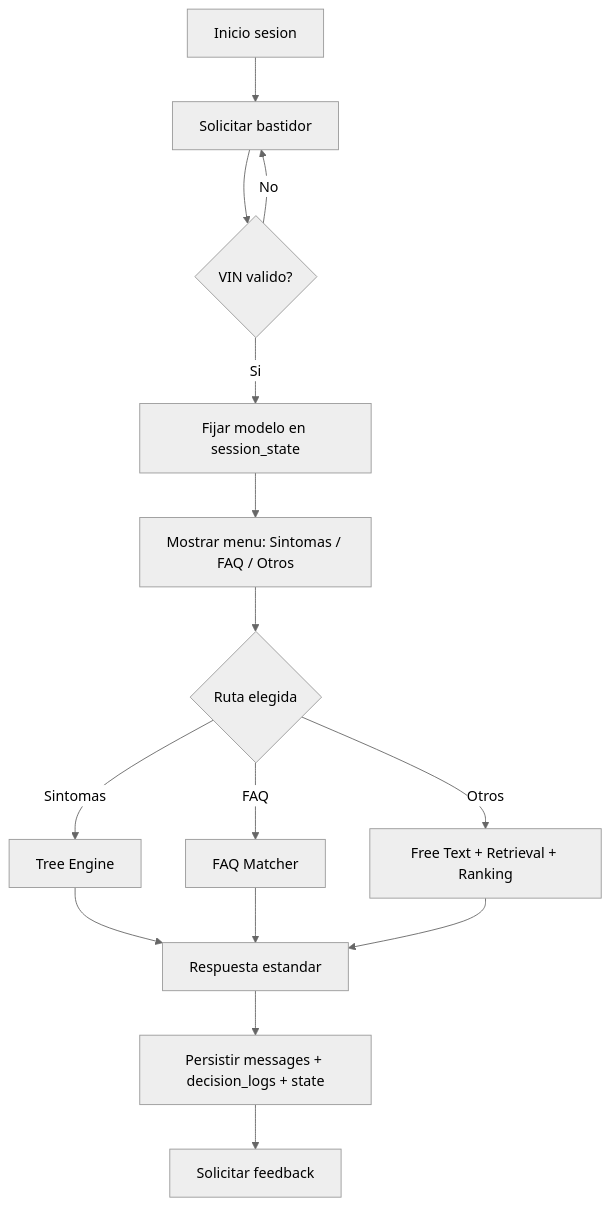
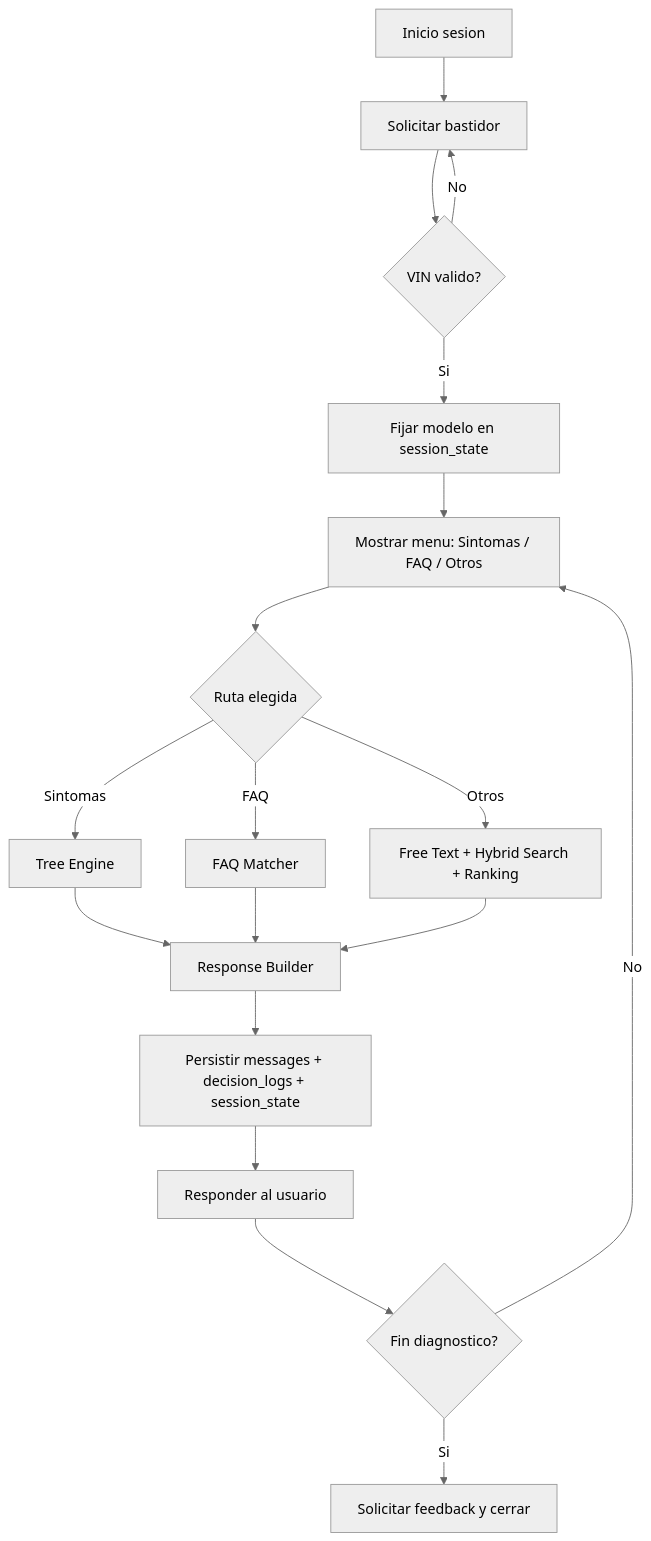
One commit to Alexdev486/Asistente_POC changed the second of 4 diagrams in README.md. Above: the diagram before and after it, drawn with Mermaid (neutral theme). The commit also changed other lines of this file and 16 other files, not shown here.

````diff
--- a/README.md
+++ b/README.md
@@ -87,17 +145,20 @@
 ```mermaid
 flowchart TD
   A[Inicio sesion] --> B[Solicitar bastidor]
   B --> C{VIN valido?}
   C -- No --> B
   C -- Si --> D[Fijar modelo en session_state]
   D --> E[Mostrar menu: Sintomas / FAQ / Otros]
   E --> F{Ruta elegida}
   F -- Sintomas --> G[Tree Engine]
   F -- FAQ --> H[FAQ Matcher]
-  F -- Otros --> I[Free Text + Retrieval + Ranking]
-  G --> J[Respuesta estandar]
+  F -- Otros --> I[Free Text + Hybrid Search + Ranking]
+  G --> J[Response Builder]
   H --> J
   I --> J
-  J --> K[Persistir messages + decision_logs + state]
-  K --> L[Solicitar feedback]
+  J --> K[Persistir messages + decision_logs + session_state]
+  K --> L[Responder al usuario]
+  L --> M{Fin diagnostico?}
+  M -- No --> E
+  M -- Si --> N[Solicitar feedback y cerrar]
 ```
````
